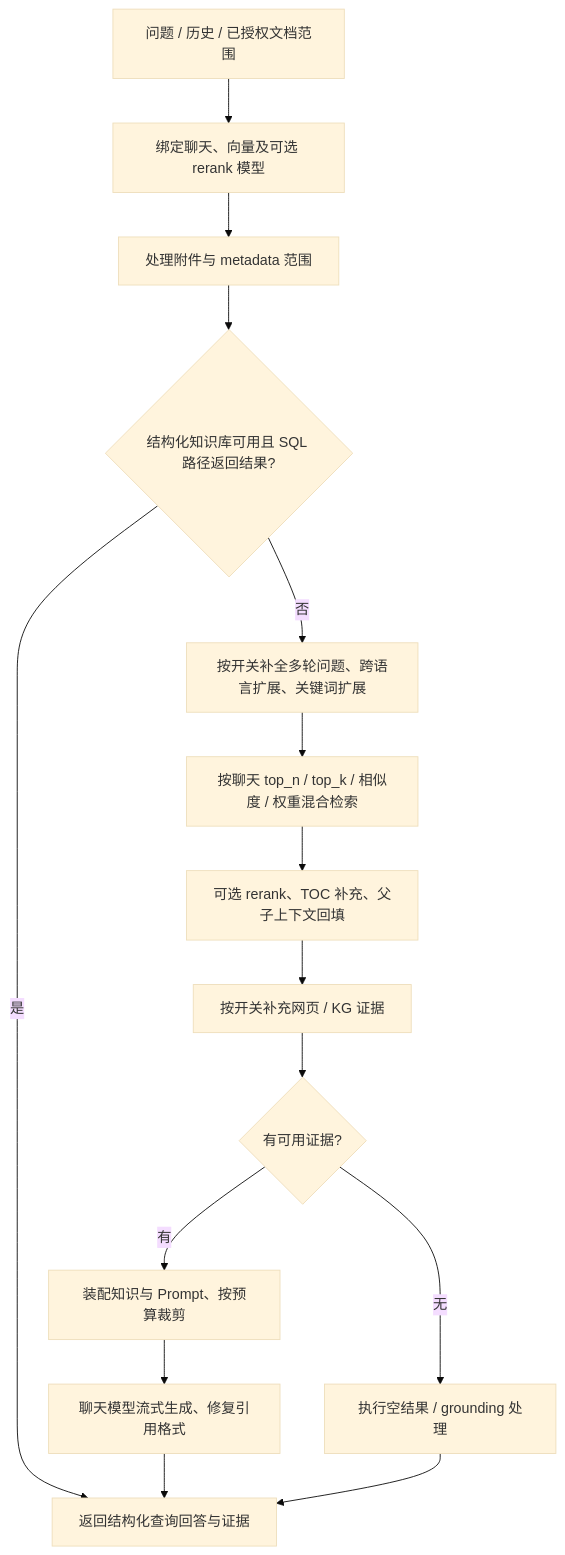
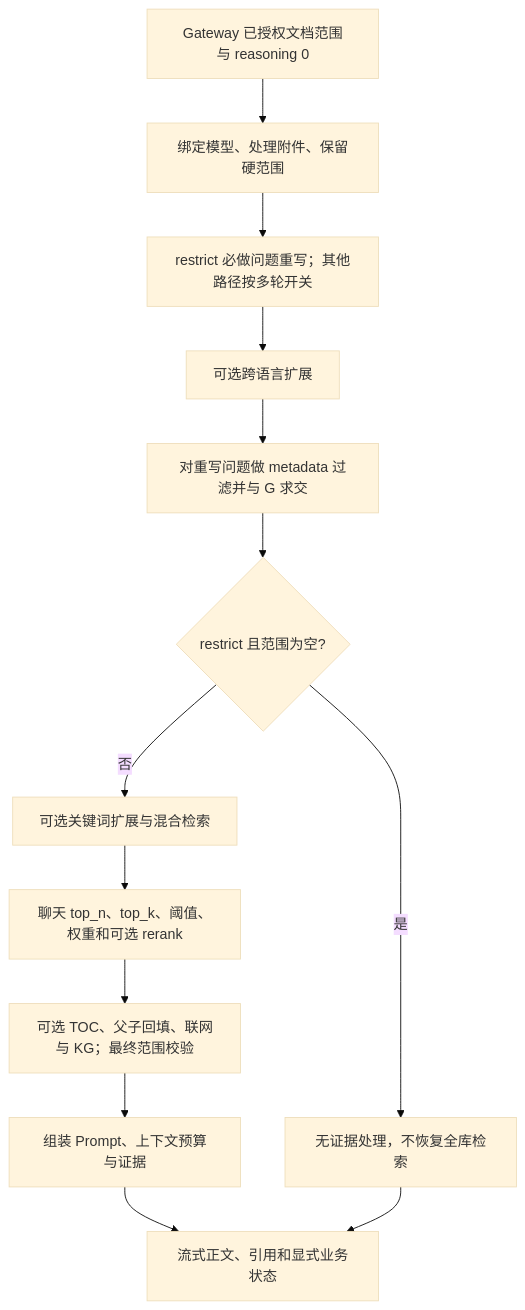
Before and after one commit to ZYF77/TYrag: the second of 7 diagrams in docs/rag-current-guide.md, drawn with Mermaid (base theme). The commit also changed other lines of this file and 31 other files, not shown here.

````diff
--- a/docs/rag-current-guide.md
+++ b/docs/rag-current-guide.md
@@ -51,17 +51,15 @@
 ```mermaid
 flowchart TD
-  A[问题 / 历史 / 已授权文档范围] --> B[绑定聊天、向量及可选 rerank 模型]
-  B --> C[处理附件与 metadata 范围]
-  C --> S{结构化知识库可用且 SQL 路径返回结果?}
-  S -->|是| O[返回结构化查询回答与证据]
-  S -->|否| D[按开关补全多轮问题、跨语言扩展、关键词扩展]
-  D --> E[按聊天 top_n / top_k / 相似度 / 权重混合检索]
-  E --> F[可选 rerank、TOC 补充、父子上下文回填]
-  F --> G[按开关补充网页 / KG 证据]
-  G --> H{有可用证据?}
-  H -->|有| I[装配知识与 Prompt、按预算裁剪]
-  H -->|无| J[执行空结果 / grounding 处理]
-  I --> K[聊天模型流式生成、修复引用格式]
-  K --> O
-  J --> O
+  A[Gateway 已授权文档范围与 reasoning 0] --> B[绑定模型、处理附件、保留硬范围]
+  B --> C[restrict 必做问题重写；其他路径按多轮开关]
+  C --> D[可选跨语言扩展]
+  D --> E[对重写问题做 metadata 过滤并与 G 求交]
+  E --> F{restrict 且范围为空?}
+  F -->|是| N[无证据处理，不恢复全库检索]
+  F -->|否| G[可选关键词扩展与混合检索]
+  G --> H[聊天 top_n、top_k、阈值、权重和可选 rerank]
+  H --> I[可选 TOC、父子回填、联网与 KG；最终范围校验]
+  I --> J[组装 Prompt、上下文预算与证据]
+  J --> K[流式正文、引用和显式业务状态]
+  N --> K
 ```
````
